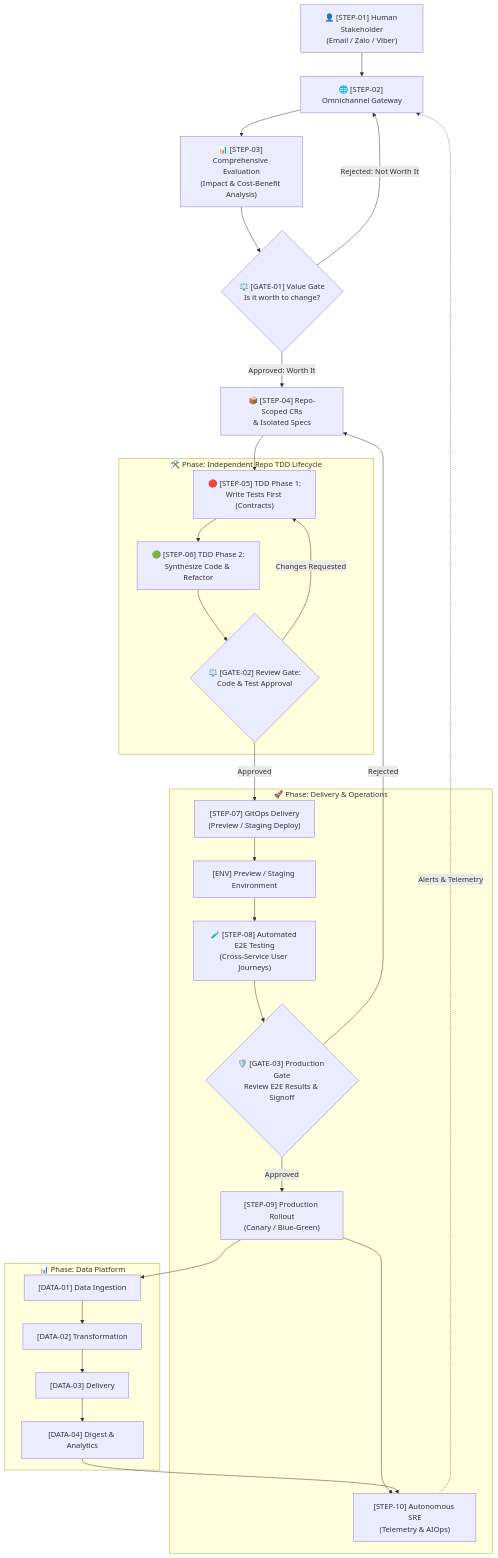
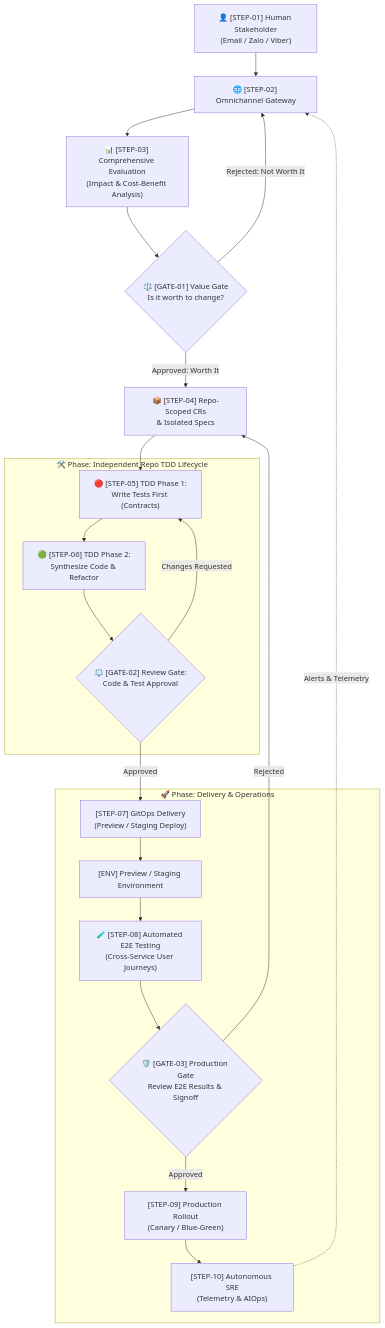
Before and after one commit to sonnormal/stratum-meta: the diagram in docs/workflow.md, drawn with Mermaid. The commit also changed other lines of this file and 1 other file, not shown here.

Commit message:
docs: remove separate Data Platform phase and unify data pipelines as standard repositories

````diff
--- a/docs/workflow.md
+++ b/docs/workflow.md
@@ -9,59 +11,45 @@
 ```mermaid
 graph TD
     User["👤 [STEP-01] Human Stakeholder<br/>(Email / Zalo / Viber)"]
     Gateway["🌐 [STEP-02] Omnichannel Gateway"]
     Evaluation["📊 [STEP-03] Comprehensive Evaluation<br/>(Impact & Cost-Benefit Analysis)"]
     Gate1{"⚖️ [GATE-01] Value Gate<br/>Is it worth to change?"}
     RepoDispatch["📦 [STEP-04] Repo-Scoped CRs<br/>& Isolated Specs"]
 
     User --> Gateway
     Gateway --> Evaluation
     Evaluation --> Gate1
     Gate1 -->|"Approved: Worth It"| RepoDispatch
     Gate1 -->|"Rejected: Not Worth It"| Gateway
 
     subgraph TDDLifecycle ["🛠️ Phase: Independent Repo TDD Lifecycle"]
         TestFirst["🔴 [STEP-05] TDD Phase 1:<br/>Write Tests First (Contracts)"]
         CodeSynth["🟢 [STEP-06] TDD Phase 2:<br/>Synthesize Code & Refactor"]
         Gate2{"⚖️ [GATE-02] Review Gate:<br/>Code & Test Approval"}
 
         TestFirst --> CodeSynth
         CodeSynth --> Gate2
         Gate2 -->|"Changes Requested"| TestFirst
     end
 
     RepoDispatch --> TestFirst
     Gate2 -->|"Approved"| GitOpsAgent
 
     subgraph DeliveryOps ["🚀 Phase: Delivery & Operations"]
         GitOpsAgent["[STEP-07] GitOps Delivery<br/>(Preview / Staging Deploy)"]
         StagingDeploy["[ENV] Preview / Staging Environment"]
         E2ETest["🧪 [STEP-08] Automated E2E Testing<br/>(Cross-Service User Journeys)"]
         Gate3{"🛡️ [GATE-03] Production Gate<br/>Review E2E Results & Signoff"}
         ProdDeploy["[STEP-09] Production Rollout<br/>(Canary / Blue-Green)"]
         AIOps["[STEP-10] Autonomous SRE<br/>(Telemetry & AIOps)"]
 
         GitOpsAgent --> StagingDeploy
         StagingDeploy --> E2ETest
         E2ETest --> Gate3
         Gate3 -->|"Approved"| ProdDeploy
         ProdDeploy --> AIOps
     end
 
     Gate3 -->|"Rejected"| RepoDispatch
-
-    subgraph DataLifecycle ["📊 Phase: Data Platform"]
-        Ingest["[DATA-01] Data Ingestion"]
-        Transform["[DATA-02] Transformation"]
-        Delivery["[DATA-03] Delivery"]
-        Digest["[DATA-04] Digest & Analytics"]
-
-        Ingest --> Transform
-        Transform --> Delivery
-        Delivery --> Digest
-    end
-
-    ProdDeploy --> Ingest
-    Digest --> AIOps
     AIOps -.->|"Alerts & Telemetry"| Gateway
 ```
````
